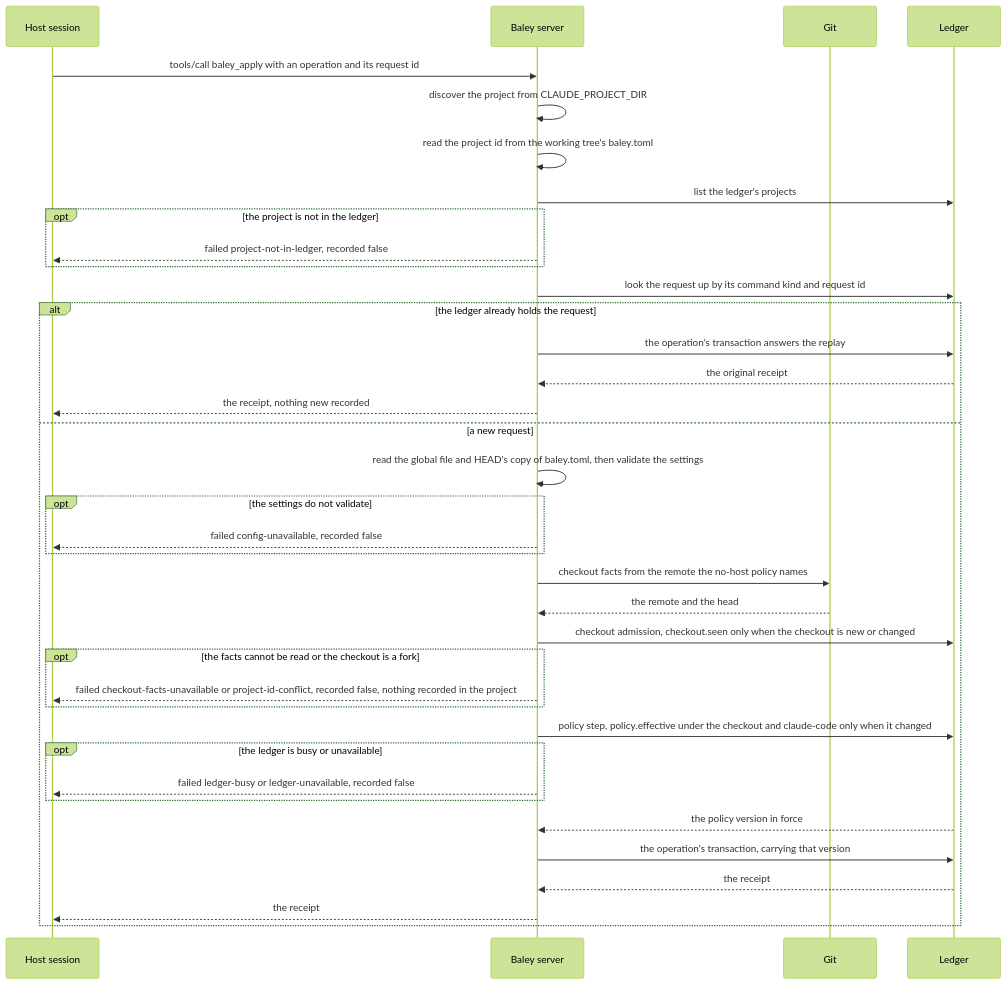
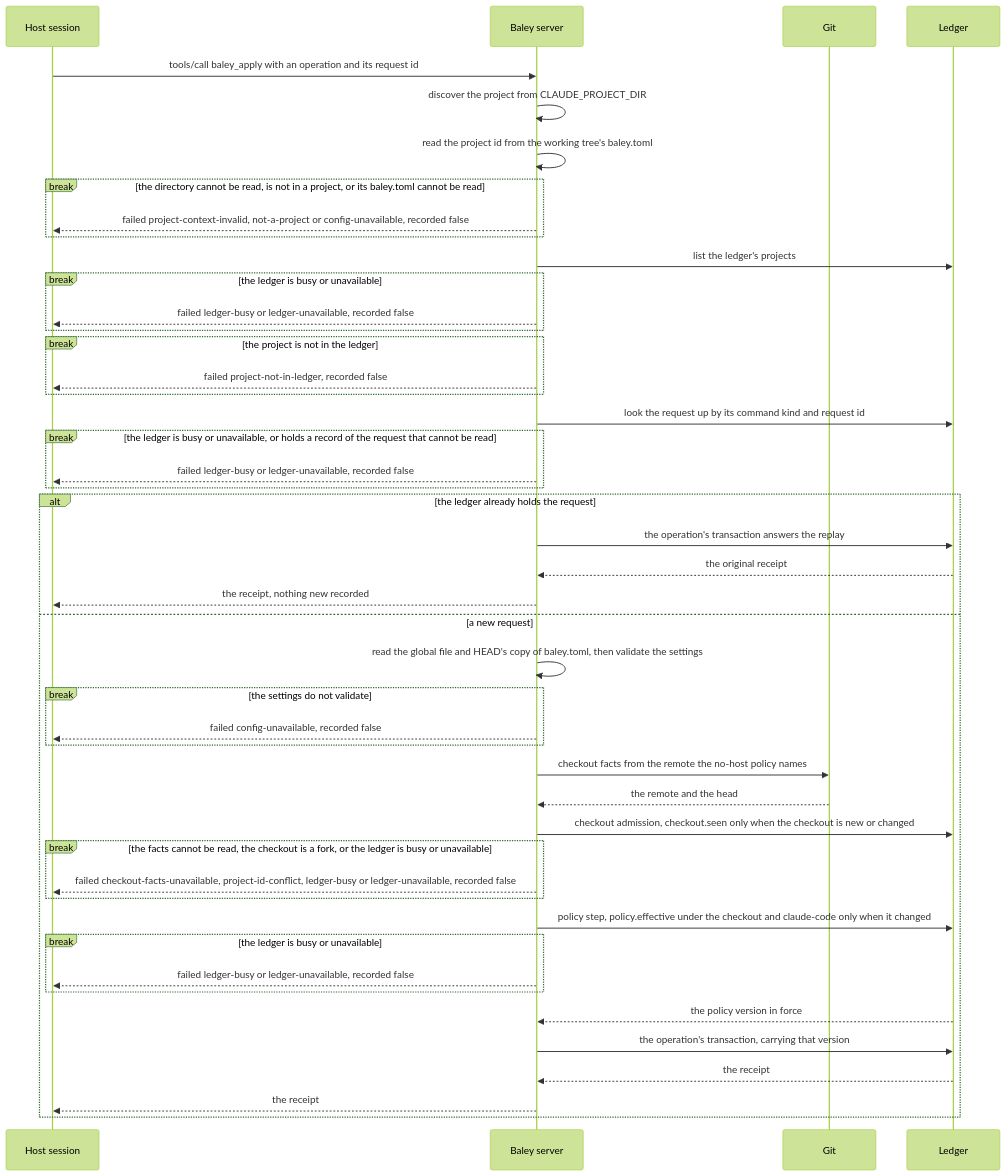
Before and after one commit to crenshawdev/baley: the fourth of 7 diagrams in docs/design/0012-host-interface.md, drawn with Mermaid (forest theme). The commit also changed other lines of this file, not shown here.

Commit message:
docs(design): end each refusal in figure 4 and cover every place a project write can be refused
The refusal branches were optional fragments, so the drawing went on to the later steps and the receipt after a failed answer. They are break fragments now, and the discovery, project file and ledger failures the code can answer are drawn too.

````diff
--- a/docs/design/0012-host-interface.md
+++ b/docs/design/0012-host-interface.md
@@ -234,39 +234,48 @@
 ```mermaid
 sequenceDiagram
   participant H as Host session
   participant S as Baley server
   participant G as Git
   participant L as Ledger
   H->>S: tools/call baley_apply with an operation and its request id
   S->>S: discover the project from CLAUDE_PROJECT_DIR
   S->>S: read the project id from the working tree's baley.toml
+  break the directory cannot be read, is not in a project, or its baley.toml cannot be read
+    S-->>H: failed project-context-invalid, not-a-project or config-unavailable, recorded false
+  end
   S->>L: list the ledger's projects
-  opt the project is not in the ledger
+  break the ledger is busy or unavailable
+    S-->>H: failed ledger-busy or ledger-unavailable, recorded false
+  end
+  break the project is not in the ledger
     S-->>H: failed project-not-in-ledger, recorded false
   end
   S->>L: look the request up by its command kind and request id
+  break the ledger is busy or unavailable, or holds a record of the request that cannot be read
+    S-->>H: failed ledger-busy or ledger-unavailable, recorded false
+  end
   alt the ledger already holds the request
     S->>L: the operation's transaction answers the replay
     L-->>S: the original receipt
     S-->>H: the receipt, nothing new recorded
   else a new request
     S->>S: read the global file and HEAD's copy of baley.toml, then validate the settings
-    opt the settings do not validate
+    break the settings do not validate
       S-->>H: failed config-unavailable, recorded false
     end
     S->>G: checkout facts from the remote the no-host policy names
     G-->>S: the remote and the head
     S->>L: checkout admission, checkout.seen only when the checkout is new or changed
-    opt the facts cannot be read or the checkout is a fork
-      S-->>H: failed checkout-facts-unavailable or project-id-conflict, recorded false, nothing recorded in the project
+    break the facts cannot be read, the checkout is a fork, or the ledger is busy or unavailable
+      S-->>H: failed checkout-facts-unavailable, project-id-conflict, ledger-busy or ledger-unavailable, recorded false
     end
     S->>L: policy step, policy.effective under the checkout and claude-code only when it changed
-    opt the ledger is busy or unavailable
+    break the ledger is busy or unavailable
       S-->>H: failed ledger-busy or ledger-unavailable, recorded false
     end
     L-->>S: the policy version in force
     S->>L: the operation's transaction, carrying that version
     L-->>S: the receipt
     S-->>H: the receipt
   end
 ```
````
